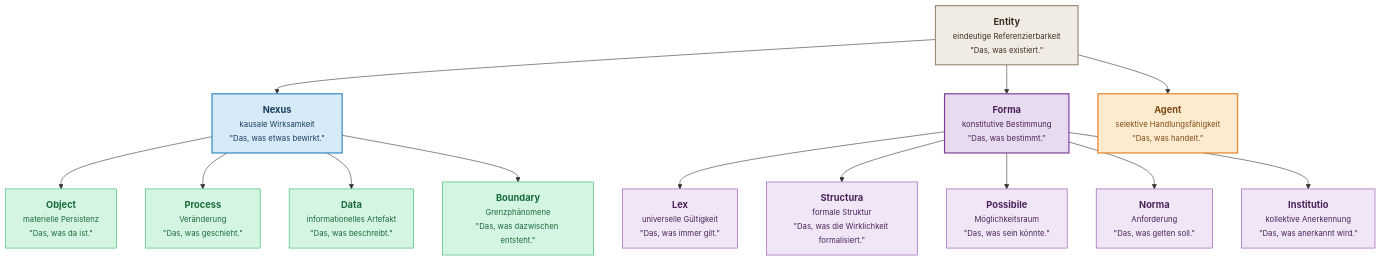
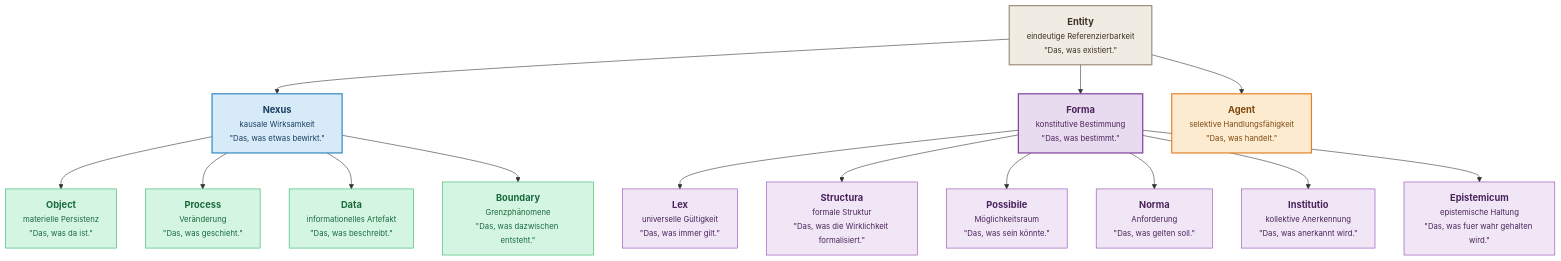
Before and after one commit to lepy/min-ontology: the diagram in docs/min_hierarchy.mmd, drawn with Mermaid. The commit also changed other lines of this file and 46 other files, not shown here.

````diff
--- a/docs/min_hierarchy.mmd
+++ b/docs/min_hierarchy.mmd
@@ -1,51 +1,54 @@
 ```mermaid
 graph TD
     Entity["<b>Entity</b><br/><small>eindeutige Referenzierbarkeit<br/>&quot;Das, was existiert.&quot;</small>"]
     Nexus["<b>Nexus</b><br/><small>kausale Wirksamkeit<br/>&quot;Das, was etwas bewirkt.&quot;</small>"]
     Forma["<b>Forma</b><br/><small>konstitutive Bestimmung<br/>&quot;Das, was bestimmt.&quot;</small>"]
 
     Object["<b>Object</b><br/><small>materielle Persistenz<br/>&quot;Das, was da ist.&quot;</small>"]
     Process["<b>Process</b><br/><small>Veränderung<br/>&quot;Das, was geschieht.&quot;</small>"]
     Data["<b>Data</b><br/><small>informationelles Artefakt<br/>&quot;Das, was beschreibt.&quot;</small>"]
     Boundary["<b>Boundary</b><br/><small>Grenzphänomene<br/>&quot;Das, was dazwischen entsteht.&quot;</small>"]
 
     Lex["<b>Lex</b><br/><small>universelle Gültigkeit<br/>&quot;Das, was immer gilt.&quot;</small>"]
     Structura["<b>Structura</b><br/><small>formale Struktur<br/>&quot;Das, was die Wirklichkeit formalisiert.&quot;</small>"]
     Possibile["<b>Possibile</b><br/><small>Möglichkeitsraum<br/>&quot;Das, was sein könnte.&quot;</small>"]
     Norma["<b>Norma</b><br/><small>Anforderung<br/>&quot;Das, was gelten soll.&quot;</small>"]
     Institutio["<b>Institutio</b><br/><small>kollektive Anerkennung<br/>&quot;Das, was anerkannt wird.&quot;</small>"]
+    Epistemicum["<b>Epistemicum</b><br/><small>epistemische Haltung<br/>&quot;Das, was fuer wahr gehalten wird.&quot;</small>"]
 
     Agent["<b>Agent</b><br/><small>selektive Handlungsfähigkeit<br/>&quot;Das, was handelt.&quot;</small>"]
 
     Entity --> Nexus
     Entity --> Forma
     Entity --> Agent
 
     Nexus --> Object
     Nexus --> Process
     Nexus --> Data
     Nexus --> Boundary
 
     Forma --> Lex
     Forma --> Structura
     Forma --> Possibile
     Forma --> Norma
     Forma --> Institutio
+    Forma --> Epistemicum
 
     style Entity fill:#f0ebe3,stroke:#9c8b75,color:#3d3225,stroke-width:2px
     style Nexus fill:#d6eaf8,stroke:#2e86c1,color:#1a3c5e,stroke-width:2px
     style Forma fill:#e8daef,stroke:#7d3c98,color:#4a235a,stroke-width:2px
 
     style Object fill:#d5f5e3,stroke:#28b463,color:#186a3b
     style Process fill:#d5f5e3,stroke:#28b463,color:#186a3b
     style Data fill:#d5f5e3,stroke:#28b463,color:#186a3b
     style Boundary fill:#d5f5e3,stroke:#28b463,color:#186a3b
 
     style Lex fill:#f0e6f6,stroke:#8e44ad,color:#4a235a
     style Structura fill:#f0e6f6,stroke:#8e44ad,color:#4a235a
     style Possibile fill:#f0e6f6,stroke:#8e44ad,color:#4a235a
     style Norma fill:#f0e6f6,stroke:#8e44ad,color:#4a235a
     style Institutio fill:#f0e6f6,stroke:#8e44ad,color:#4a235a
+    style Epistemicum fill:#f0e6f6,stroke:#8e44ad,color:#4a235a
 
     style Agent fill:#fdebd0,stroke:#e67e22,color:#7e4a12,stroke-width:2px
 ```
````
